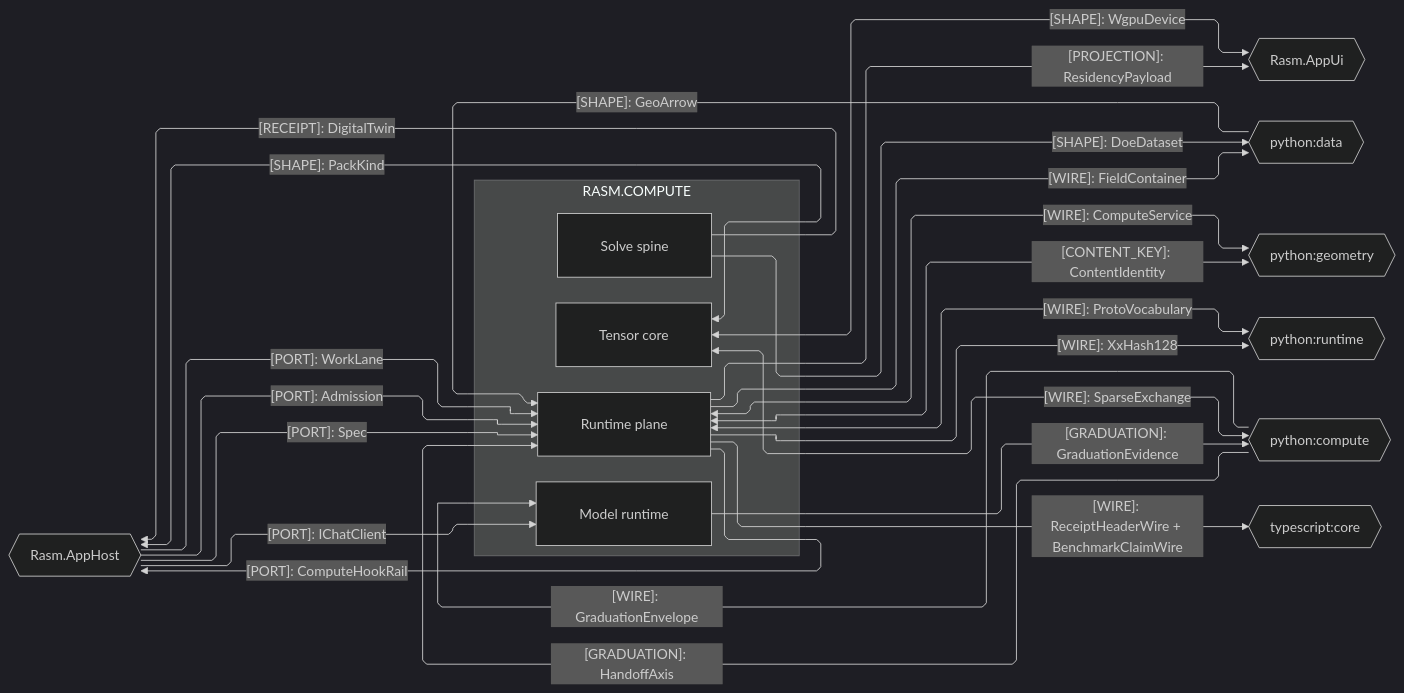
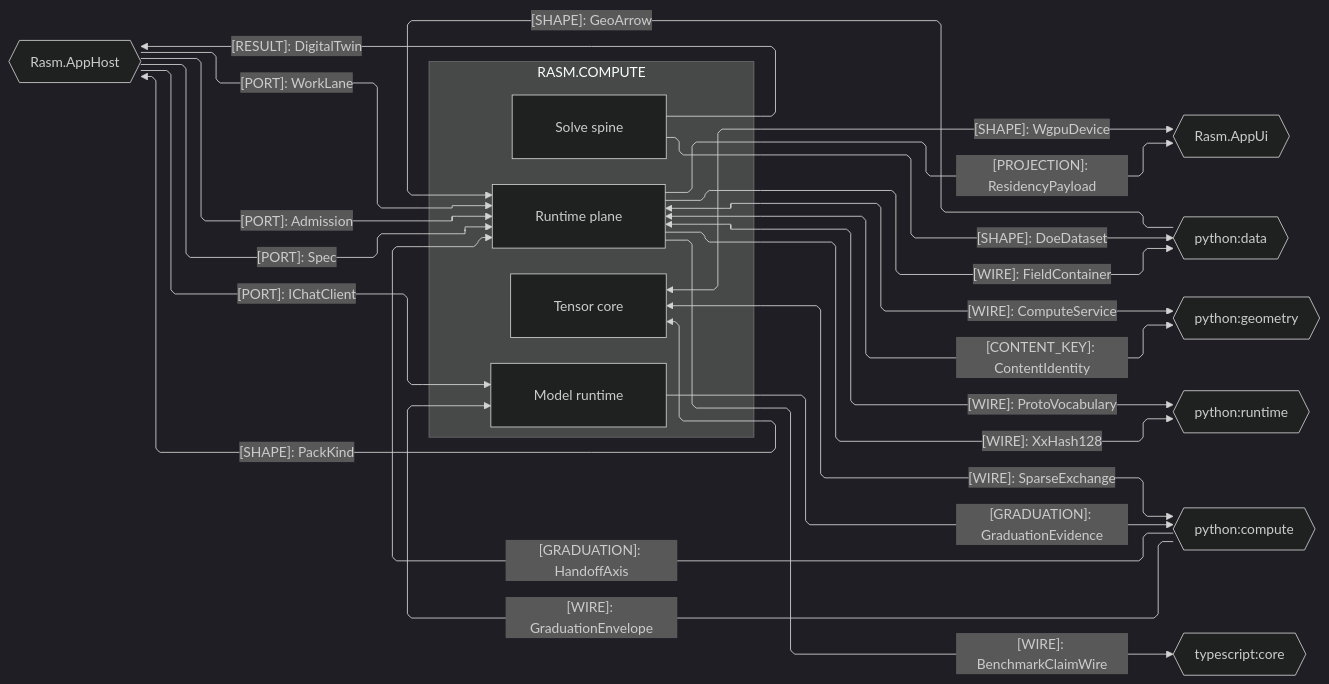
The third of 4 diagrams in libs/dotnet/Rasm.Compute/ARCHITECTURE.md (bsamiee/Rasm), drawn with Mermaid (dark theme) before and after one commit. The commit also changed other lines of this file and 1417 other files, not shown here.

````diff
--- a/libs/dotnet/Rasm.Compute/ARCHITECTURE.md
+++ b/libs/dotnet/Rasm.Compute/ARCHITECTURE.md
@@ -221,46 +214,45 @@
 ```mermaid
 ---
 config:
   layout: elk
   flowchart:
     curve: linear
     padding: 25
 ---
 flowchart LR
     accTitle: Compute platform and cross-runtime seams
-    accDescr: Compute owners exchanging port, receipt, projection, wire, content-key, and graduation contracts with platform and cross-runtime peers.
+    accDescr: Compute owners exchanging port, result, projection, wire, content-key, and graduation contracts with platform and cross-runtime peers.
     subgraph compute[RASM.COMPUTE]
         Model[Model runtime]
         Tensor[Tensor core]
         Solver[Solve spine]
         Runtime[Runtime plane]
     end
     AppHost{{Rasm.AppHost}}
     AppUi{{Rasm.AppUi}}
     Data{{python:data}}
     Geometry{{python:geometry}}
     PyRuntime{{python:runtime}}
     Compute{{python:compute}}
     Core{{typescript:core}}
     AppHost e1@-->|"[PORT]: WorkLane"| Runtime
     AppHost e2@-->|"[PORT]: IChatClient"| Model
     AppHost e3@-->|"[PORT]: Admission"| Runtime
     AppHost e4@-->|"[PORT]: Spec"| Runtime
-    Solver e5@-->|"[RECEIPT]: DigitalTwin"| AppHost
+    Solver e5@-->|"[RESULT]: DigitalTwin"| AppHost
     Tensor e6@<-->|"[SHAPE]: PackKind"| AppHost
-    Runtime e7@-->|"[PORT]: ComputeHookRail"| AppHost
     Runtime e8@-->|"[PROJECTION]: ResidencyPayload"| AppUi
     Tensor e9@<-->|"[SHAPE]: WgpuDevice"| AppUi
     Runtime e10@<-->|"[WIRE]: ComputeService"| Geometry
     Runtime e11@<-->|"[CONTENT_KEY]: ContentIdentity"| Geometry
     Runtime e12@<-->|"[WIRE]: ProtoVocabulary"| PyRuntime
     Runtime e13@-->|"[WIRE]: XxHash128"| PyRuntime
     Compute e14@-->|"[GRADUATION]: HandoffAxis"| Runtime
     Model e15@-->|"[GRADUATION]: GraduationEvidence"| Compute
     Solver e16@-->|"[SHAPE]: DoeDataset"| Data
     Data e17@-->|"[SHAPE]: GeoArrow"| Runtime
-    Runtime e18@-->|"[WIRE]: ReceiptHeaderWire + BenchmarkClaimWire"| Core
+    Runtime e18@-->|"[WIRE]: BenchmarkClaimWire"| Core
     Runtime e19@-->|"[WIRE]: FieldContainer"| Data
     Compute e20@-->|"[WIRE]: GraduationEnvelope"| Model
     Tensor e21@<-->|"[WIRE]: SparseExchange"| Compute
 ```
````
